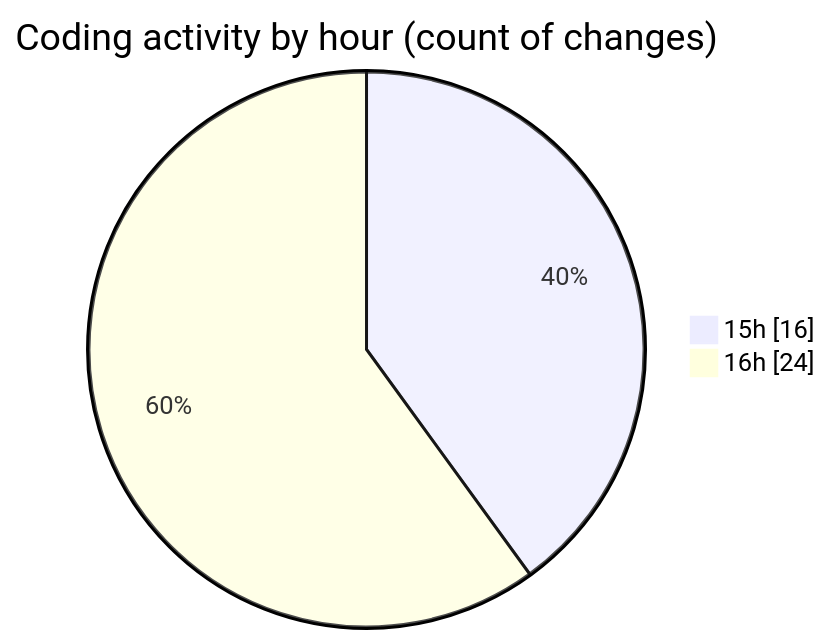
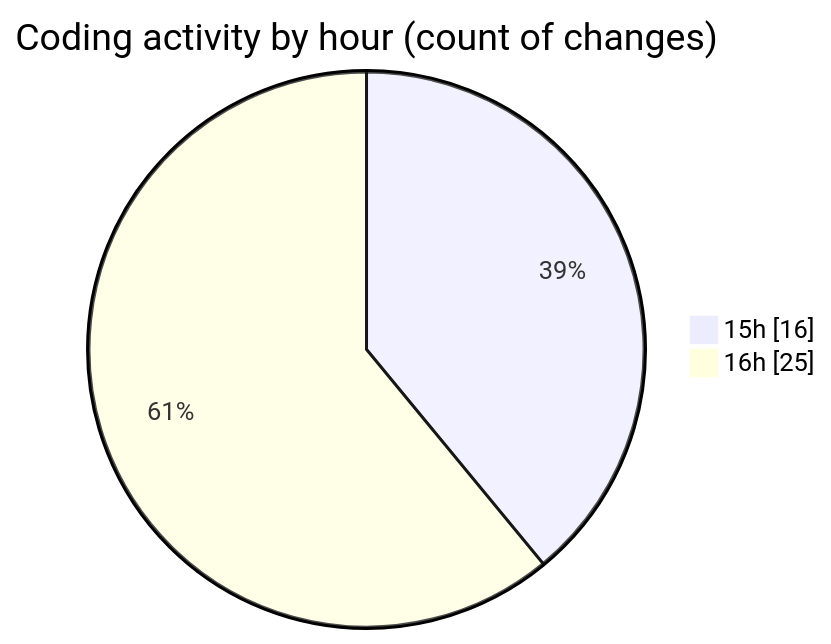
One commit to mevix1/code-tracking changed the second of 2 diagrams in 2025-10-01/oura-api/README.md. Above: the diagram before and after it, drawn with Mermaid. The commit also changed other lines of this file and 1 other file, not shown here.

````diff
--- a/2025-10-01/oura-api/README.md
+++ b/2025-10-01/oura-api/README.md
@@ -57,6 +58,6 @@
 ```mermaid
 pie showData
 title Coding activity by hour (count of changes)
 "15h" : 16
-"16h" : 24
+"16h" : 25
 ```
````
